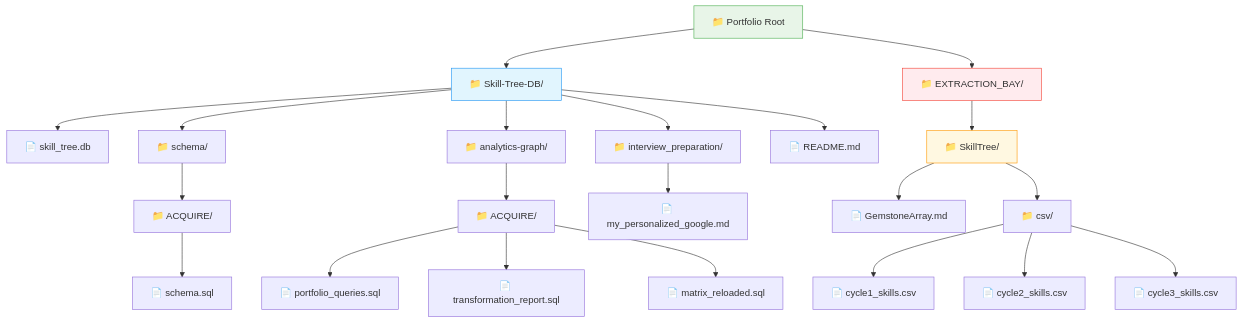
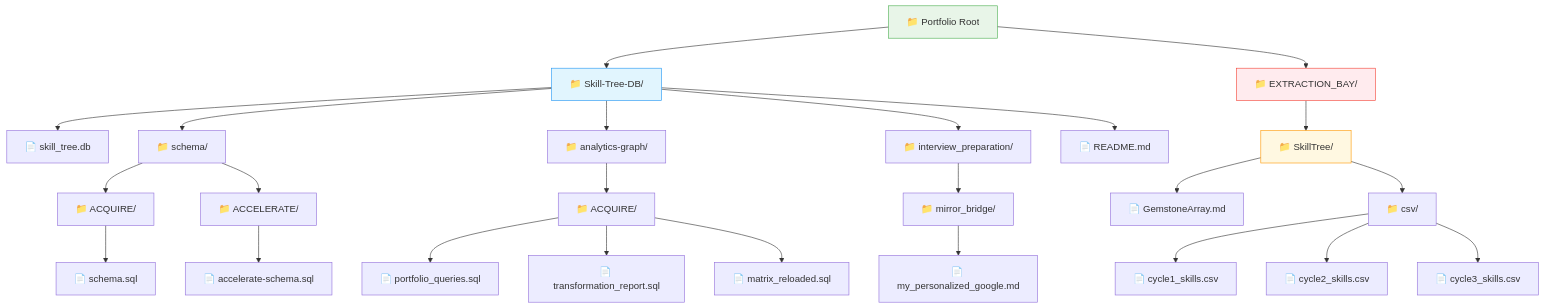
Before and after one commit to uniqueumamaheswari-universe/SQLVerse: the first of 3 diagrams in Level-1-beginner/Guides/SKILL_TREE_ARCHITECTURE.md, drawn with Mermaid. The commit also changed other lines of this file, not shown here.

````diff
--- a/Level-1-beginner/Guides/SKILL_TREE_ARCHITECTURE.md
+++ b/Level-1-beginner/Guides/SKILL_TREE_ARCHITECTURE.md
@@ -20,33 +20,36 @@
 ```mermaid
 flowchart TD
     Root["📁 Portfolio Root"] --> Skill["📁 Skill-Tree-DB/"]
     Root --> EX["📁 EXTRACTION_BAY/"]
     
     Skill --> DB["📄 skill_tree.db"]
     Skill --> Schema["📁 schema/"]
     Skill --> Analytics["📁 analytics-graph/"]
     Skill --> Interview["📁 interview_preparation/"]
     Skill --> Readme["📄 README.md"]
     
     Schema --> AcquireSchema["📁 ACQUIRE/"]
     AcquireSchema --> SchemaSQL["📄 schema.sql"]
+    Schema --> AccelerateSchema["📁 ACCELERATE/"]
+    AccelerateSchema --> AccelerateSQL["📄 accelerate-schema.sql"]
     
     Analytics --> AcquireAnalytics["📁 ACQUIRE/"]
     AcquireAnalytics --> PortQueries["📄 portfolio_queries.sql"]
     AcquireAnalytics --> TransReport["📄 transformation_report.sql"]
     AcquireAnalytics --> Matrix["📄 matrix_reloaded.sql"]
     
-    Interview --> PrepFile["📄 my_personalized_google.md"]
+    Interview --> MirrorBridge["📁 mirror_bridge/"]
+    MirrorBridge --> PrepFile["📄 my_personalized_google.md"]
     
     EX --> SkillBay["📁 SkillTree/"]
     SkillBay --> GemArray["📄 GemstoneArray.md"]
     SkillBay --> CSV["📁 csv/"]
     CSV --> Cycle1CSV["📄 cycle1_skills.csv"]
     CSV --> Cycle2CSV["📄 cycle2_skills.csv"]
     CSV --> Cycle3CSV["📄 cycle3_skills.csv"]
     
     style Root fill:#e8f5e8,stroke:#4caf50
     style Skill fill:#e1f5fe,stroke:#2196f3
     style EX fill:#ffebee,stroke:#f44336
     style SkillBay fill:#fff8e1,stroke:#ff9800
 ```
````
